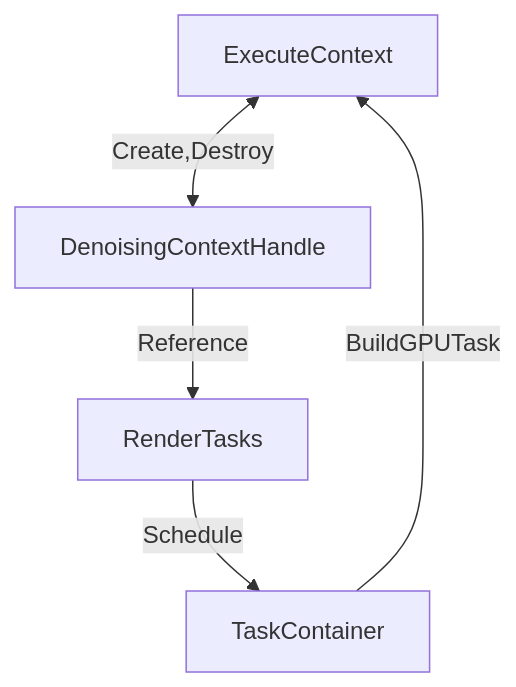
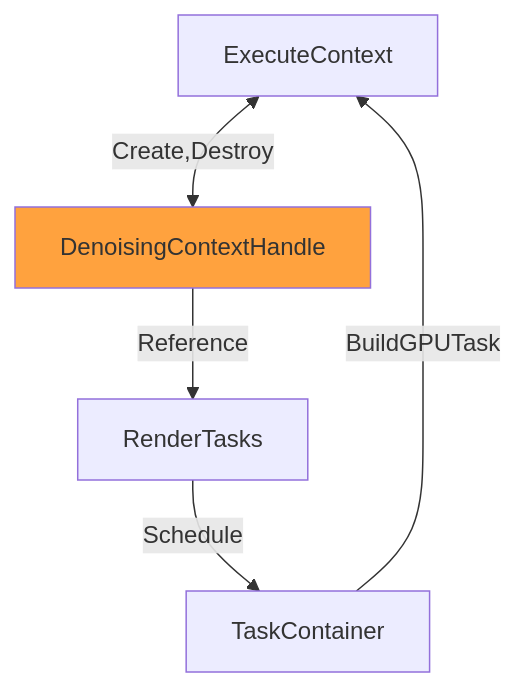
One commit to NVIDIAGameWorks/KickstartRT changed the ninth of 14 diagrams in docs/SDK_Reference.md. Above: the diagram before and after it, drawn with Mermaid. The commit also changed other lines of this file, not shown here.

````diff
--- a/docs/SDK_Reference.md
+++ b/docs/SDK_Reference.md
@@ -308,8 +257,10 @@
 ``` mermaid
 flowchart TB
 
 ExecuteContext <-- Create,Destroy --> DenoisingContextHandle
 DenoisingContextHandle -- Reference --> RenderTasks
 RenderTasks -- Schedule --> TaskContainer
 TaskContainer -- BuildGPUTask --> ExecuteContext
+
+style DenoisingContextHandle fill:#ffa23e
 ```
````
